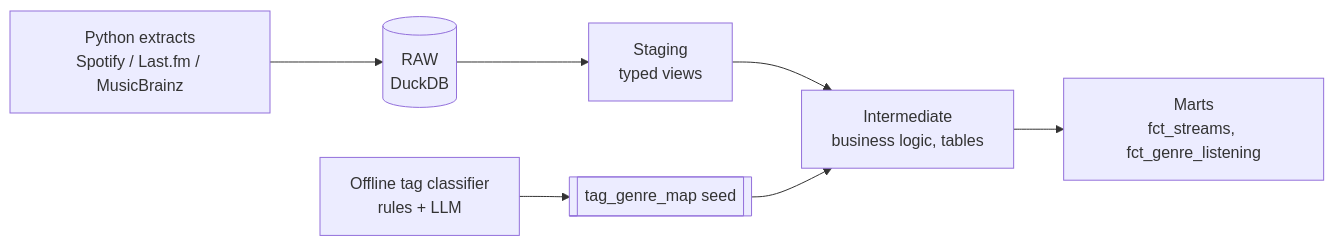
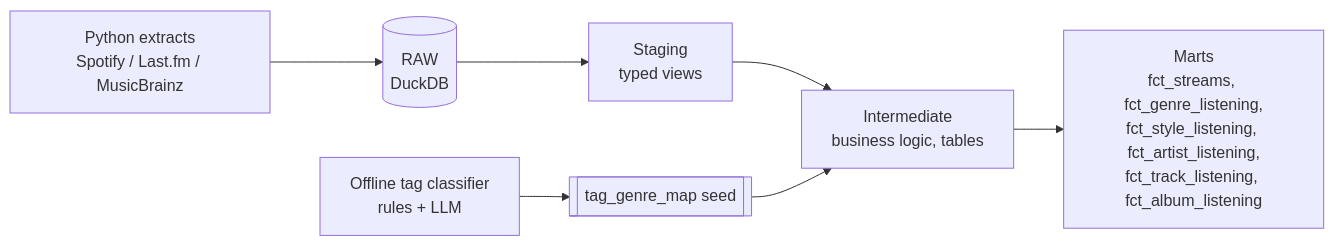
Before and after one commit to petinhoss7/Spotify-Analytics: the diagram in README.md, drawn with Mermaid. The commit also changed other lines of this file and 11 other files, not shown here.

First line of the commit message:
Add the artist, track and album listening marts on a shared artist split

````diff
--- a/README.md
+++ b/README.md
@@ -21,9 +21,9 @@
 ```mermaid
 flowchart LR
     A[Python extracts<br/>Spotify / Last.fm / MusicBrainz] --> R[(RAW<br/>DuckDB)]
     R --> S[Staging<br/>typed views]
     S --> I[Intermediate<br/>business logic, tables]
-    I --> M[Marts<br/>fct_streams, fct_genre_listening]
+    I --> M[Marts<br/>fct_streams, fct_genre_listening,<br/>fct_style_listening, fct_artist_listening,<br/>fct_track_listening, fct_album_listening]
     C[Offline tag classifier<br/>rules + LLM] --> T[[tag_genre_map seed]]
     T --> I
 ```
````
